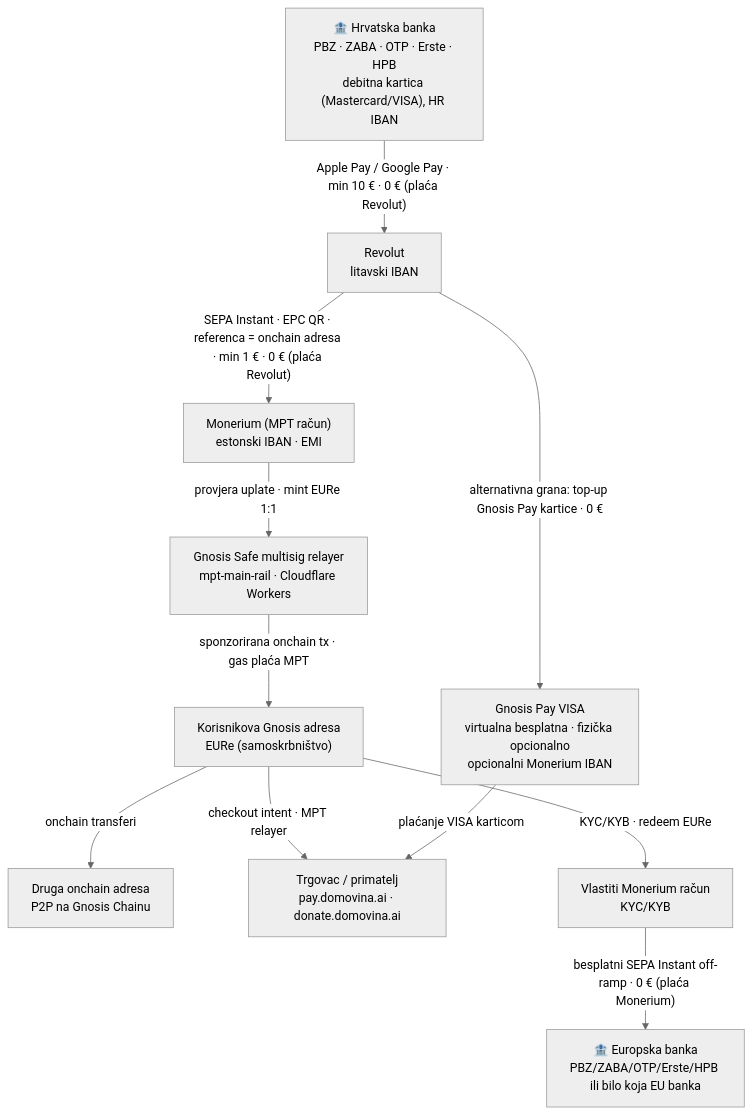
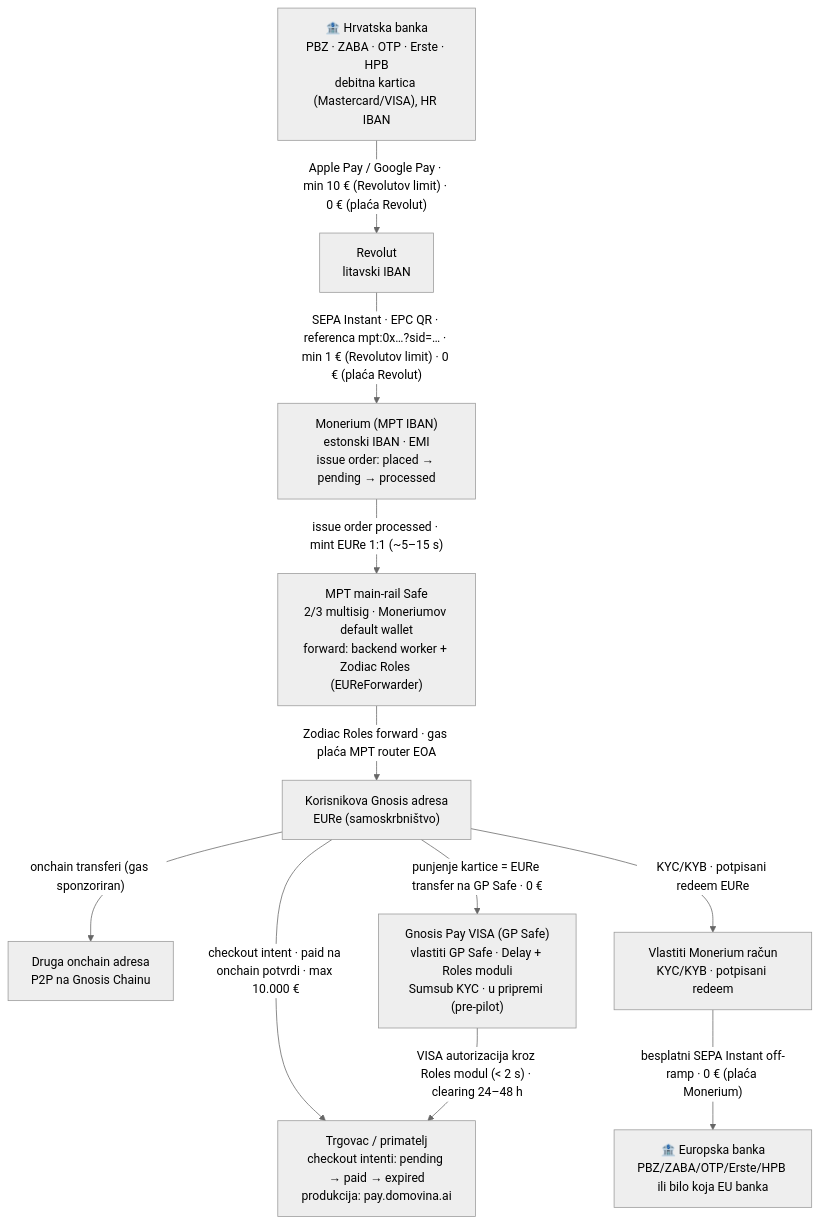
The first of 2 diagrams in docs/flow.md (domovinatv/mpt-landing), drawn with Mermaid (neutral theme) before and after one commit. The commit also changed other lines of this file and 4 other files, not shown here.

First line of the commit message:
Correct flow model against pay.domovina.ai SSOT docs (monerium-private.md, gnosis-pay-cards/)

````diff
--- a/docs/flow.md
+++ b/docs/flow.md
@@ -9,24 +16,24 @@
 ```mermaid
 flowchart TD
     hrBank["🏦 Hrvatska banka<br/>PBZ · ZABA · OTP · Erste · HPB<br/>debitna kartica (Mastercard/VISA), HR IBAN"]
     revolut["Revolut<br/>litavski IBAN"]
-    moneriumMpt["Monerium (MPT račun)<br/>estonski IBAN · EMI"]
-    safeRelayer["Gnosis Safe multisig relayer<br/>mpt-main-rail · Cloudflare Workers"]
+    moneriumMpt["Monerium (MPT IBAN)<br/>estonski IBAN · EMI<br/>issue order: placed → pending → processed"]
+    safeRelayer["MPT main-rail Safe<br/>2/3 multisig · Moneriumov default wallet<br/>forward: backend worker + Zodiac Roles (EUReForwarder)"]
     userAddress["Korisnikova Gnosis adresa<br/>EURe (samoskrbništvo)"]
     otherAddress["Druga onchain adresa<br/>P2P na Gnosis Chainu"]
-    merchant["Trgovac / primatelj<br/>pay.domovina.ai · donate.domovina.ai"]
-    gnosisPay["Gnosis Pay VISA<br/>virtualna besplatna · fizička opcionalno<br/>opcionalni Monerium IBAN"]
-    ownMonerium["Vlastiti Monerium račun<br/>KYC/KYB"]
+    merchant["Trgovac / primatelj<br/>checkout intenti: pending → paid → expired<br/>produkcija: pay.domovina.ai"]
+    gnosisPay["Gnosis Pay VISA (GP Safe)<br/>vlastiti GP Safe · Delay + Roles moduli<br/>Sumsub KYC · u pripremi (pre-pilot)"]
+    ownMonerium["Vlastiti Monerium račun<br/>KYC/KYB · potpisani redeem"]
     euBank["🏦 Europska banka<br/>PBZ/ZABA/OTP/Erste/HPB ili bilo koja EU banka"]
 
-    hrBank -->|"Apple Pay / Google Pay · min 10 € · 0 € (plaća Revolut)"| revolut
-    revolut -->|"SEPA Instant · EPC QR · referenca = onchain adresa · min 1 € · 0 € (plaća Revolut)"| moneriumMpt
-    moneriumMpt -->|"provjera uplate · mint EURe 1:1"| safeRelayer
-    safeRelayer -->|"sponzorirana onchain tx · gas plaća MPT"| userAddress
-    userAddress -->|"onchain transferi"| otherAddress
-    userAddress -->|"checkout intent · MPT relayer"| merchant
-    userAddress -->|"KYC/KYB · redeem EURe"| ownMonerium
+    hrBank -->|"Apple Pay / Google Pay · min 10 € (Revolutov limit) · 0 € (plaća Revolut)"| revolut
+    revolut -->|"SEPA Instant · EPC QR · referenca mpt:0x…?sid=… · min 1 € (Revolutov limit) · 0 € (plaća Revolut)"| moneriumMpt
+    moneriumMpt -->|"issue order processed · mint EURe 1:1 (~5–15 s)"| safeRelayer
+    safeRelayer -->|"Zodiac Roles forward · gas plaća MPT router EOA"| userAddress
+    userAddress -->|"onchain transferi (gas sponzoriran)"| otherAddress
+    userAddress -->|"checkout intent · paid na onchain potvrdi · max 10.000 €"| merchant
+    userAddress -->|"KYC/KYB · potpisani redeem EURe"| ownMonerium
     ownMonerium -->|"besplatni SEPA Instant off-ramp · 0 € (plaća Monerium)"| euBank
-    revolut -->|"alternativna grana: top-up Gnosis Pay kartice · 0 €"| gnosisPay
-    gnosisPay -->|"plaćanje VISA karticom"| merchant
+    userAddress -->|"punjenje kartice = EURe transfer na GP Safe · 0 €"| gnosisPay
+    gnosisPay -->|"VISA autorizacija kroz Roles modul (< 2 s) · clearing 24–48 h"| merchant
 ```
````
